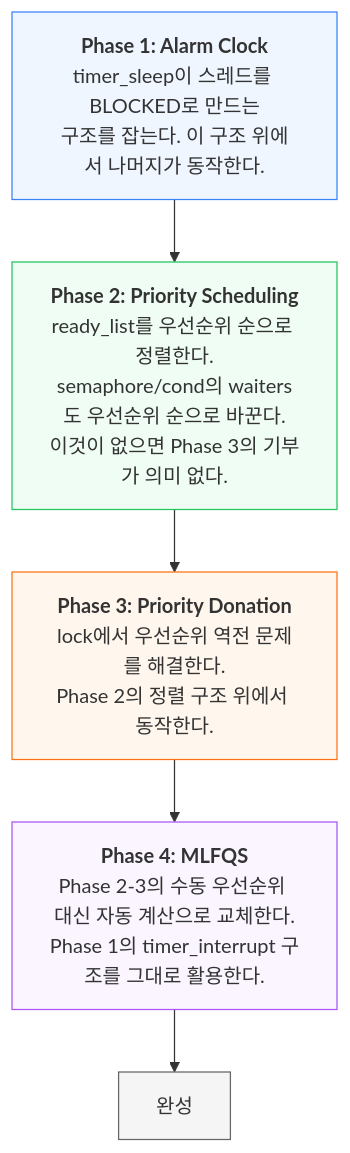
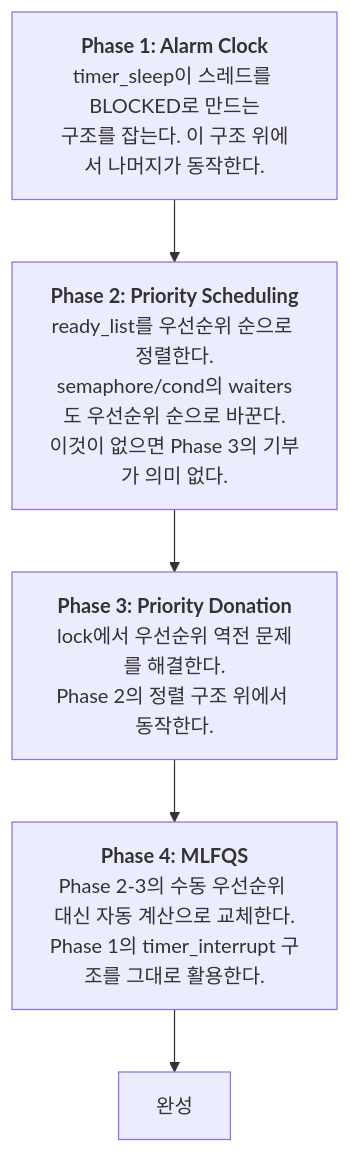
One commit to Jungle-12-303/wk09_1 changed the second of 10 diagrams in docs/pintos/01-big-picture.md. Above: the diagram before and after it, drawn with Mermaid. The commit also changed other lines of this file, not shown here.

First line of the commit message:
style: Mermaid 다이어그램에서 커스텀 컬러 style 지시문을 제거

````diff
--- a/docs/pintos/01-big-picture.md
+++ b/docs/pintos/01-big-picture.md
@@ -56,16 +50,11 @@
 ```mermaid
 graph TD
     P1["<b>Phase 1: Alarm Clock</b><br/>timer_sleep이 스레드를 BLOCKED로 만드는<br/>구조를 잡는다. 이 구조 위에서 나머지가 동작한다."]
     P2["<b>Phase 2: Priority Scheduling</b><br/>ready_list를 우선순위 순으로 정렬한다.<br/>semaphore/cond의 waiters도 우선순위 순으로 바꾼다.<br/>이것이 없으면 Phase 3의 기부가 의미 없다."]
     P3["<b>Phase 3: Priority Donation</b><br/>lock에서 우선순위 역전 문제를 해결한다.<br/>Phase 2의 정렬 구조 위에서 동작한다."]
     P4["<b>Phase 4: MLFQS</b><br/>Phase 2-3의 수동 우선순위 대신 자동 계산으로 교체한다.<br/>Phase 1의 timer_interrupt 구조를 그대로 활용한다."]
     DONE["완성"]
 
     P1 --> P2 --> P3 --> P4 --> DONE
 
-    style P1 fill:#EFF6FF,stroke:#3B82F6
-    style P2 fill:#F0FDF4,stroke:#22C55E
-    style P3 fill:#FFF7ED,stroke:#F97316
-    style P4 fill:#FAF5FF,stroke:#A855F7
-    style DONE fill:#f5f5f5,stroke:#666
 ```
````
